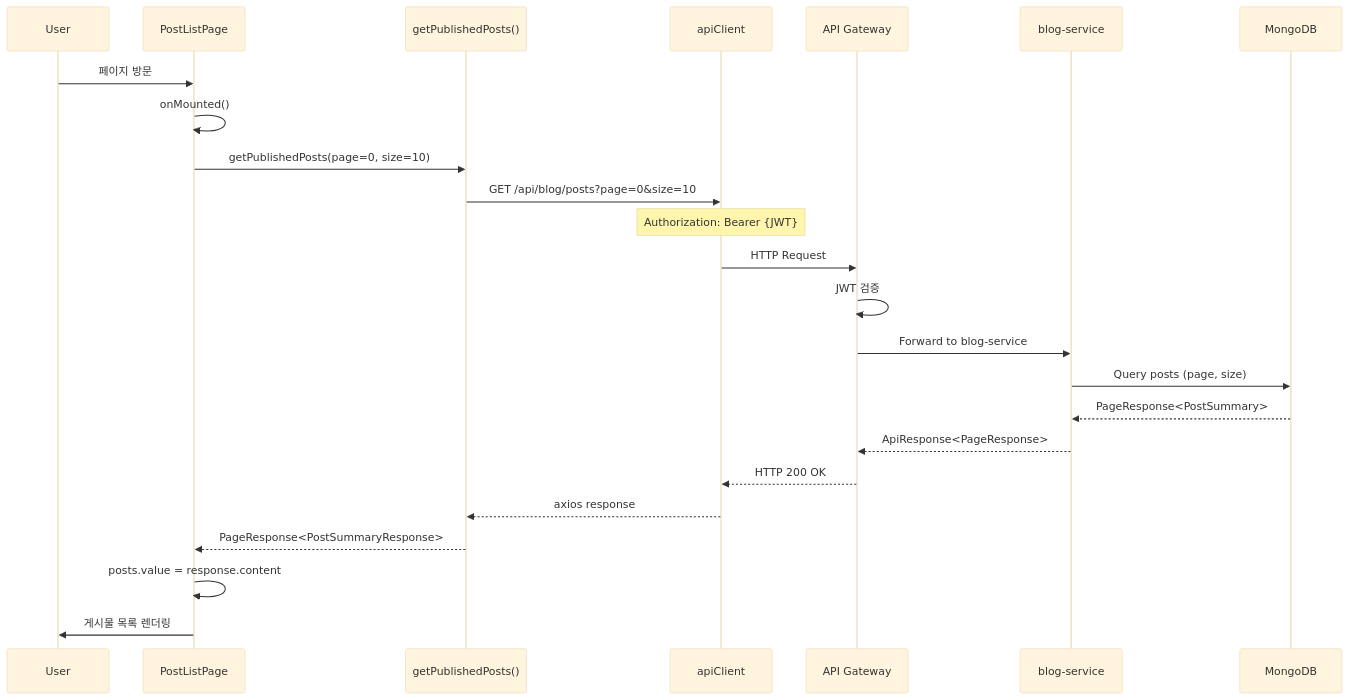
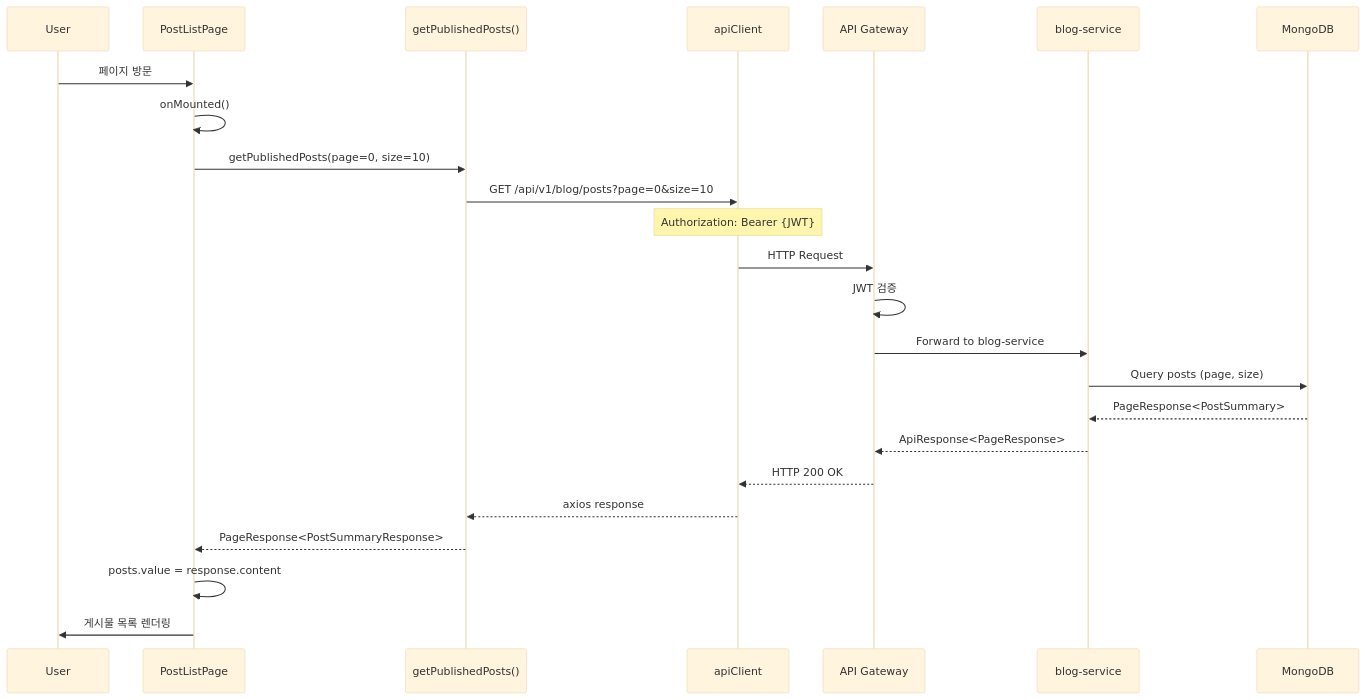
The second of 10 diagrams in frontend/blog-frontend/docs/architecture/data-flow.md (L-a-z-e/portal-universe), drawn with Mermaid (base theme) before and after one commit. The commit also changed other lines of this file and 15 other files, not shown here.

````diff
--- a/frontend/blog-frontend/docs/architecture/data-flow.md
+++ b/frontend/blog-frontend/docs/architecture/data-flow.md
@@ -71,27 +71,27 @@
 ```mermaid
 sequenceDiagram
     participant U as User
     participant C as PostListPage
     participant A as getPublishedPosts()
     participant AC as apiClient
     participant G as API Gateway
     participant S as blog-service
     participant D as MongoDB
 
     U->>C: 페이지 방문
     C->>C: onMounted()
     C->>A: getPublishedPosts(page=0, size=10)
-    A->>AC: GET /api/blog/posts?page=0&size=10
+    A->>AC: GET /api/v1/blog/posts?page=0&size=10
     Note over AC: Authorization: Bearer {JWT}
     AC->>G: HTTP Request
     G->>G: JWT 검증
     G->>S: Forward to blog-service
     S->>D: Query posts (page, size)
     D-->>S: PageResponse<PostSummary>
     S-->>G: ApiResponse<PageResponse>
     G-->>AC: HTTP 200 OK
     AC-->>A: axios response
     A-->>C: PageResponse<PostSummaryResponse>
     C->>C: posts.value = response.content
     C->>U: 게시물 목록 렌더링
 ```
````
